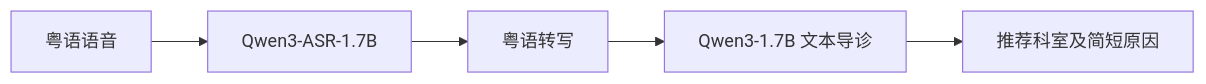
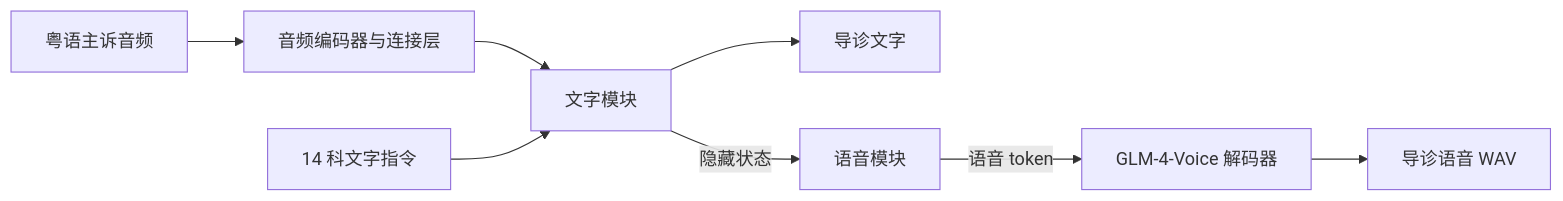
Before and after one commit to JocyRose/AI-CantoTriage: the diagram in README.md, drawn with Mermaid. The commit also changed other lines of this file, not shown here.

Commit message:
Document DialectS2S inference and dual LoRA architecture

````diff
--- a/README.md
+++ b/README.md
@@ -11,7 +11,10 @@
 ```mermaid
 flowchart LR
-    A["粤语语音"] --> B["Qwen3-ASR-1.7B"]
-    B --> C["粤语转写"]
-    C --> D["Qwen3-1.7B 文本导诊"]
-    D --> E["推荐科室及简短原因"]
+    A["粤语主诉音频"] --> B["音频编码器与连接层"]
+    B --> C["文字模块"]
+    D["14 科文字指令"] --> C
+    C --> E["导诊文字"]
+    C -->|隐藏状态| F["语音模块"]
+    F -->|语音 token| G["GLM-4-Voice 解码器"]
+    G --> H["导诊语音 WAV"]
 ```
````
